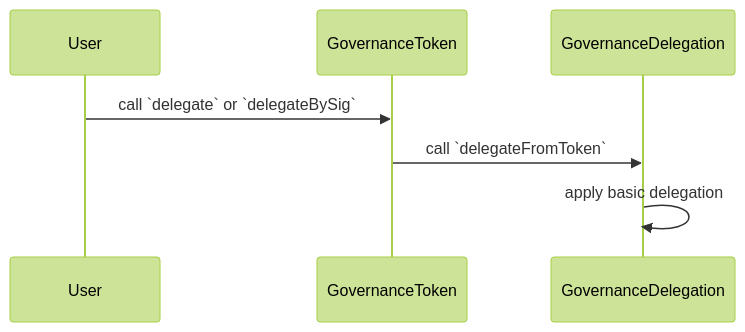
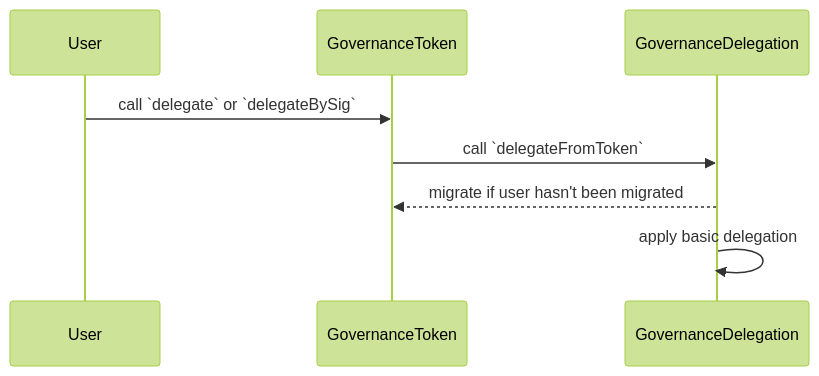
The diagram in specs/experimental/gov-delegation.md (ethereum-optimism/specs), drawn with Mermaid (forest theme) before and after one commit. The commit also changed other lines of this file, not shown here.

Commit message:
governance: update migration information

````diff
--- a/specs/experimental/gov-delegation.md
+++ b/specs/experimental/gov-delegation.md
@@ -304,6 +353,7 @@
 ```mermaid
 sequenceDiagram
     User ->> GovernanceToken: call `delegate` or `delegateBySig`
     GovernanceToken ->> GovernanceDelegation: call `delegateFromToken`
+    GovernanceDelegation -->> GovernanceToken: migrate if user hasn't been migrated
     GovernanceDelegation ->> GovernanceDelegation: apply basic delegation
 ```
````
